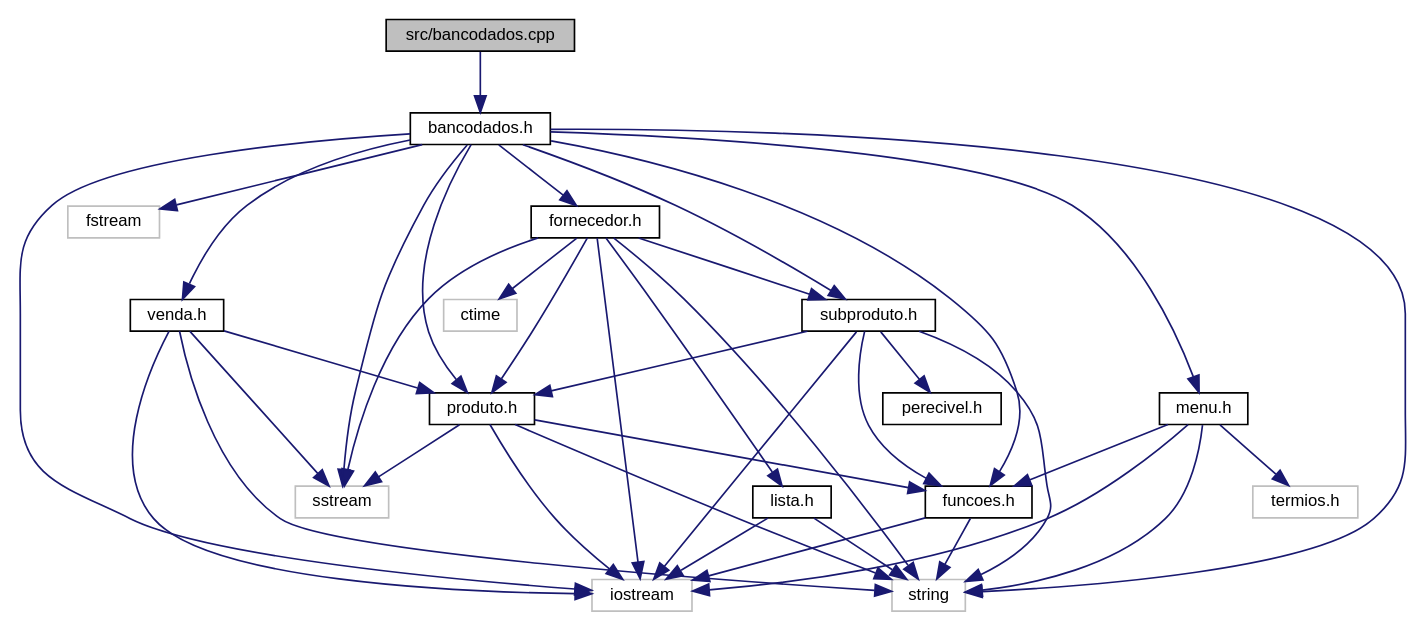
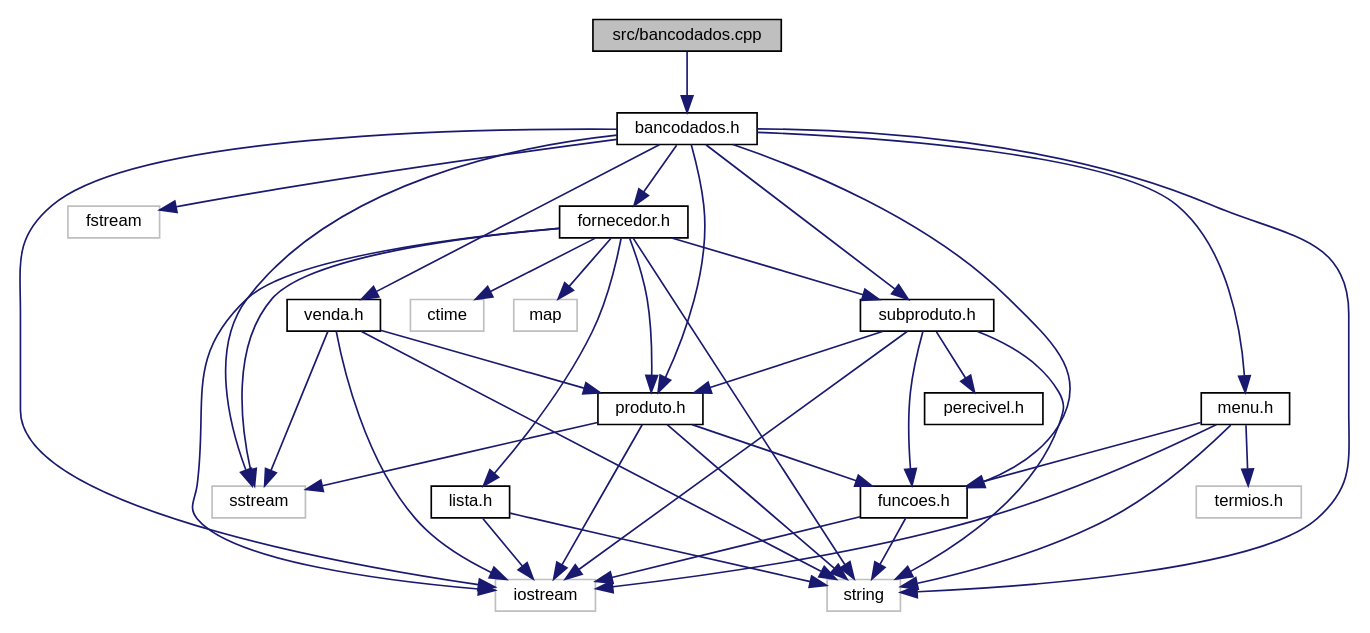
Before and after one commit to EduardoRique/Projeto3-lp1: the diagram in doc/bancodados_8cpp__incl.dot, drawn with Graphviz. The commit also changed 101 other files, not shown here.

```diff
--- a/doc/bancodados_8cpp__incl.dot
+++ b/doc/bancodados_8cpp__incl.dot
@@ -1,60 +1,62 @@
 digraph "src/bancodados.cpp"
 {
   edge [fontname="Helvetica",fontsize="10",labelfontname="Helvetica",labelfontsize="10"];
   node [fontname="Helvetica",fontsize="10",shape=record];
   Node1 [label="src/bancodados.cpp",height=0.2,width=0.4,color="black", fillcolor="grey75", style="filled" fontcolor="black"];
   Node1 -> Node2 [color="midnightblue",fontsize="10",style="solid",fontname="Helvetica"];
   Node2 [label="bancodados.h",height=0.2,width=0.4,color="black", fillcolor="white", style="filled",URL="$bancodados_8h.html",tooltip="Arquivo de cabeçalho com a definição de funções para o controle dos dados. "];
   Node2 -> Node3 [color="midnightblue",fontsize="10",style="solid",fontname="Helvetica"];
   Node3 [label="iostream",height=0.2,width=0.4,color="grey75", fillcolor="white", style="filled"];
   Node2 -> Node4 [color="midnightblue",fontsize="10",style="solid",fontname="Helvetica"];
   Node4 [label="fstream",height=0.2,width=0.4,color="grey75", fillcolor="white", style="filled"];
   Node2 -> Node5 [color="midnightblue",fontsize="10",style="solid",fontname="Helvetica"];
   Node5 [label="string",height=0.2,width=0.4,color="grey75", fillcolor="white", style="filled"];
   Node2 -> Node6 [color="midnightblue",fontsize="10",style="solid",fontname="Helvetica"];
   Node6 [label="sstream",height=0.2,width=0.4,color="grey75", fillcolor="white", style="filled"];
   Node2 -> Node7 [color="midnightblue",fontsize="10",style="solid",fontname="Helvetica"];
   Node7 [label="fornecedor.h",height=0.2,width=0.4,color="black", fillcolor="white", style="filled",URL="$fornecedor_8h.html",tooltip="Definição da classe Fornecedor. "];
   Node7 -> Node3 [color="midnightblue",fontsize="10",style="solid",fontname="Helvetica"];
   Node7 -> Node8 [color="midnightblue",fontsize="10",style="solid",fontname="Helvetica"];
   Node8 [label="ctime",height=0.2,width=0.4,color="grey75", fillcolor="white", style="filled"];
+  Node7 -> Node9 [color="midnightblue",fontsize="10",style="solid",fontname="Helvetica"];
+  Node9 [label="map",height=0.2,width=0.4,color="grey75", fillcolor="white", style="filled"];
   Node7 -> Node5 [color="midnightblue",fontsize="10",style="solid",fontname="Helvetica"];
   Node7 -> Node6 [color="midnightblue",fontsize="10",style="solid",fontname="Helvetica"];
-  Node7 -> Node9 [color="midnightblue",fontsize="10",style="solid",fontname="Helvetica"];
-  Node9 [label="produto.h",height=0.2,width=0.4,color="black", fillcolor="white", style="filled",URL="$produto_8h.html",tooltip="Definição da classe Produto. "];
-  Node9 -> Node3 [color="midnightblue",fontsize="10",style="solid",fontname="Helvetica"];
-  Node9 -> Node5 [color="midnightblue",fontsize="10",style="solid",fontname="Helvetica"];
-  Node9 -> Node6 [color="midnightblue",fontsize="10",style="solid",fontname="Helvetica"];
-  Node9 -> Node10 [color="midnightblue",fontsize="10",style="solid",fontname="Helvetica"];
-  Node10 [label="funcoes.h",height=0.2,width=0.4,color="black", fillcolor="white", style="filled",URL="$funcoes_8h.html",tooltip="Arquivo de cabeçalho com a definição de funções auxiliares para a entrada de dados. "];
+  Node7 -> Node10 [color="midnightblue",fontsize="10",style="solid",fontname="Helvetica"];
+  Node10 [label="produto.h",height=0.2,width=0.4,color="black", fillcolor="white", style="filled",URL="$produto_8h.html",tooltip="Definição da classe Produto. "];
   Node10 -> Node3 [color="midnightblue",fontsize="10",style="solid",fontname="Helvetica"];
   Node10 -> Node5 [color="midnightblue",fontsize="10",style="solid",fontname="Helvetica"];
-  Node7 -> Node11 [color="midnightblue",fontsize="10",style="solid",fontname="Helvetica"];
-  Node11 [label="subproduto.h",height=0.2,width=0.4,color="black", fillcolor="white", style="filled",URL="$subproduto_8h.html",tooltip="Definição das classe derivadas de Produto. "];
+  Node10 -> Node6 [color="midnightblue",fontsize="10",style="solid",fontname="Helvetica"];
+  Node10 -> Node11 [color="midnightblue",fontsize="10",style="solid",fontname="Helvetica"];
+  Node11 [label="funcoes.h",height=0.2,width=0.4,color="black", fillcolor="white", style="filled",URL="$funcoes_8h.html",tooltip="Arquivo de cabeçalho com a definição de funções auxiliares para a entrada de dados. "];
   Node11 -> Node3 [color="midnightblue",fontsize="10",style="solid",fontname="Helvetica"];
   Node11 -> Node5 [color="midnightblue",fontsize="10",style="solid",fontname="Helvetica"];
-  Node11 -> Node9 [color="midnightblue",fontsize="10",style="solid",fontname="Helvetica"];
-  Node11 -> Node12 [color="midnightblue",fontsize="10",style="solid",fontname="Helvetica"];
-  Node12 [label="perecivel.h",height=0.2,width=0.4,color="black", fillcolor="white", style="filled",URL="$perecivel_8h.html",tooltip="Definição da classe Perecivel. "];
-  Node11 -> Node10 [color="midnightblue",fontsize="10",style="solid",fontname="Helvetica"];
-  Node7 -> Node13 [color="midnightblue",fontsize="10",style="solid",fontname="Helvetica"];
-  Node13 [label="lista.h",height=0.2,width=0.4,color="black", fillcolor="white", style="filled",URL="$lista_8h.html",tooltip="Definição da classe Lista. "];
-  Node13 -> Node3 [color="midnightblue",fontsize="10",style="solid",fontname="Helvetica"];
-  Node13 -> Node5 [color="midnightblue",fontsize="10",style="solid",fontname="Helvetica"];
-  Node2 -> Node9 [color="midnightblue",fontsize="10",style="solid",fontname="Helvetica"];
-  Node2 -> Node11 [color="midnightblue",fontsize="10",style="solid",fontname="Helvetica"];
-  Node2 -> Node14 [color="midnightblue",fontsize="10",style="solid",fontname="Helvetica"];
-  Node14 [label="venda.h",height=0.2,width=0.4,color="black", fillcolor="white", style="filled",URL="$venda_8h.html",tooltip="Definição da classe Venda. "];
+  Node7 -> Node12 [color="midnightblue",fontsize="10",style="solid",fontname="Helvetica"];
+  Node12 [label="subproduto.h",height=0.2,width=0.4,color="black", fillcolor="white", style="filled",URL="$subproduto_8h.html",tooltip="Definição das classe derivadas de Produto. "];
+  Node12 -> Node3 [color="midnightblue",fontsize="10",style="solid",fontname="Helvetica"];
+  Node12 -> Node5 [color="midnightblue",fontsize="10",style="solid",fontname="Helvetica"];
+  Node12 -> Node10 [color="midnightblue",fontsize="10",style="solid",fontname="Helvetica"];
+  Node12 -> Node13 [color="midnightblue",fontsize="10",style="solid",fontname="Helvetica"];
+  Node13 [label="perecivel.h",height=0.2,width=0.4,color="black", fillcolor="white", style="filled",URL="$perecivel_8h.html",tooltip="Definição da classe Perecivel. "];
+  Node12 -> Node11 [color="midnightblue",fontsize="10",style="solid",fontname="Helvetica"];
+  Node7 -> Node14 [color="midnightblue",fontsize="10",style="solid",fontname="Helvetica"];
+  Node14 [label="lista.h",height=0.2,width=0.4,color="black", fillcolor="white", style="filled",URL="$lista_8h.html",tooltip="Definição da classe Lista. "];
   Node14 -> Node3 [color="midnightblue",fontsize="10",style="solid",fontname="Helvetica"];
   Node14 -> Node5 [color="midnightblue",fontsize="10",style="solid",fontname="Helvetica"];
-  Node14 -> Node6 [color="midnightblue",fontsize="10",style="solid",fontname="Helvetica"];
-  Node14 -> Node9 [color="midnightblue",fontsize="10",style="solid",fontname="Helvetica"];
   Node2 -> Node10 [color="midnightblue",fontsize="10",style="solid",fontname="Helvetica"];
+  Node2 -> Node12 [color="midnightblue",fontsize="10",style="solid",fontname="Helvetica"];
   Node2 -> Node15 [color="midnightblue",fontsize="10",style="solid",fontname="Helvetica"];
-  Node15 [label="menu.h",height=0.2,width=0.4,color="black", fillcolor="white", style="filled",URL="$menu_8h.html",tooltip="Arquivo de cabeçalho com a definição de funções para o menu. "];
+  Node15 [label="venda.h",height=0.2,width=0.4,color="black", fillcolor="white", style="filled",URL="$venda_8h.html",tooltip="Definição da classe Venda. "];
   Node15 -> Node3 [color="midnightblue",fontsize="10",style="solid",fontname="Helvetica"];
   Node15 -> Node5 [color="midnightblue",fontsize="10",style="solid",fontname="Helvetica"];
-  Node15 -> Node16 [color="midnightblue",fontsize="10",style="solid",fontname="Helvetica"];
-  Node16 [label="termios.h",height=0.2,width=0.4,color="grey75", fillcolor="white", style="filled"];
+  Node15 -> Node6 [color="midnightblue",fontsize="10",style="solid",fontname="Helvetica"];
   Node15 -> Node10 [color="midnightblue",fontsize="10",style="solid",fontname="Helvetica"];
+  Node2 -> Node11 [color="midnightblue",fontsize="10",style="solid",fontname="Helvetica"];
+  Node2 -> Node16 [color="midnightblue",fontsize="10",style="solid",fontname="Helvetica"];
+  Node16 [label="menu.h",height=0.2,width=0.4,color="black", fillcolor="white", style="filled",URL="$menu_8h.html",tooltip="Arquivo de cabeçalho com a definição de funções para o menu. "];
+  Node16 -> Node3 [color="midnightblue",fontsize="10",style="solid",fontname="Helvetica"];
+  Node16 -> Node5 [color="midnightblue",fontsize="10",style="solid",fontname="Helvetica"];
+  Node16 -> Node17 [color="midnightblue",fontsize="10",style="solid",fontname="Helvetica"];
+  Node17 [label="termios.h",height=0.2,width=0.4,color="grey75", fillcolor="white", style="filled"];
+  Node16 -> Node11 [color="midnightblue",fontsize="10",style="solid",fontname="Helvetica"];
 }
```
